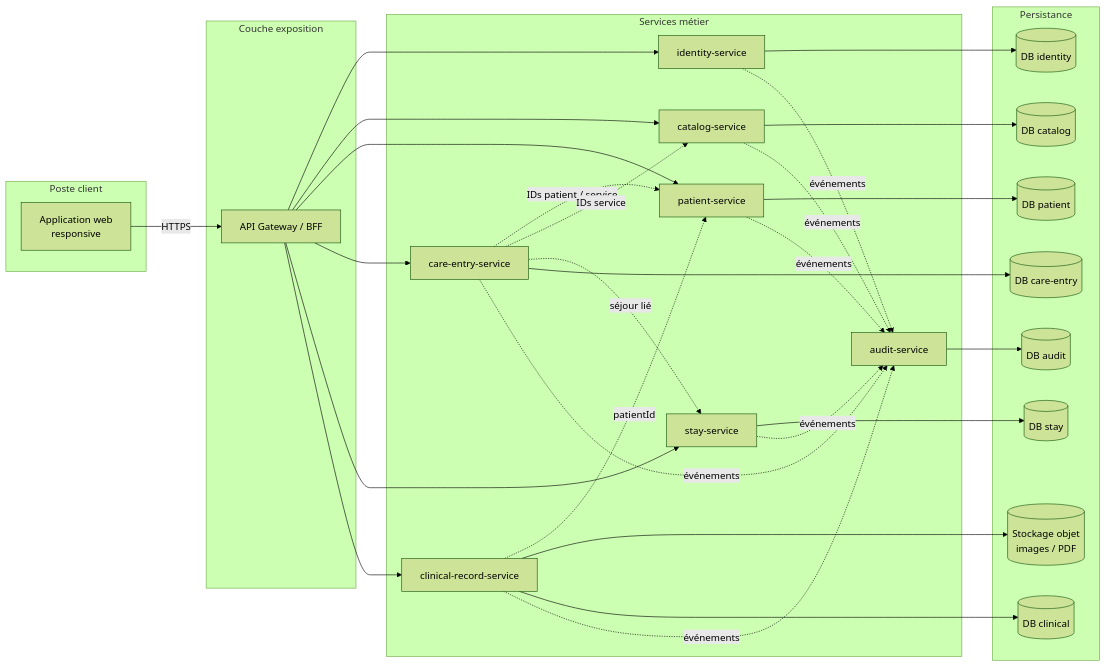
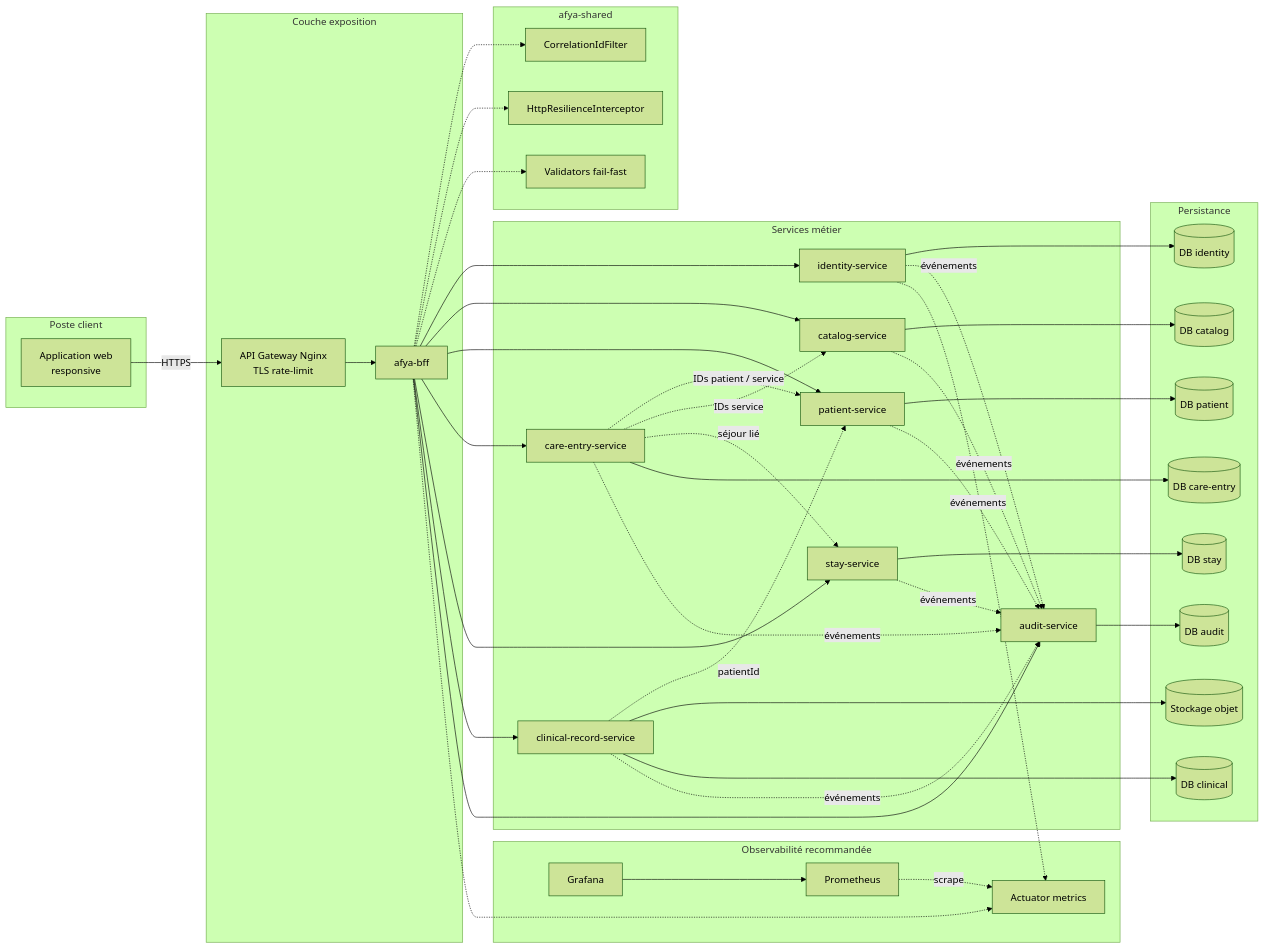
Before and after one commit to MechackKasongo/afya: the third of 13 diagrams in docs/DIAGRAMMES_UML.md, drawn with Mermaid (forest theme). The commit also changed other lines of this file and 42 other files, not shown here.

First line of the commit message:
docs: consolider les diagrammes UML et corriger la syntaxe PlantUML

````diff
--- a/docs/DIAGRAMMES_UML.md
+++ b/docs/DIAGRAMMES_UML.md
@@ -168,7 +168,14 @@
   end
 
   subgraph edge["Couche exposition"]
-    BFF[API Gateway / BFF]
+    GW[API Gateway Nginx\nTLS rate-limit]
+    BFF[afya-bff]
+  end
+
+  subgraph transversal["afya-shared"]
+    CORR[CorrelationIdFilter]
+    RES[HttpResilienceInterceptor]
+    VAL[Validators fail-fast]
   end
 
   subgraph services["Services métier"]
@@ -181,6 +188,12 @@
     AUD[audit-service]
   end
 
+  subgraph obs["Observabilité recommandée"]
+    ACT[Actuator metrics]
+    PROM[Prometheus]
+    GRAF[Grafana]
+  end
+
   subgraph data["Persistance"]
     D_ID[(DB identity)]
     D_CAT[(DB catalog)]
@@ -188,17 +201,22 @@
     D_CE[(DB care-entry)]
     D_ST[(DB stay)]
     D_CR[(DB clinical)]
-    OBJ[(Stockage objet\nimages / PDF)]
+    OBJ[(Stockage objet)]
     D_AUD[(DB audit)]
   end
 
-  WEB -->|HTTPS| BFF
+  WEB -->|HTTPS| GW
+  GW --> BFF
+  BFF -.-> CORR
+  BFF -.-> RES
+  BFF -.-> VAL
   BFF --> ID
   BFF --> CAT
   BFF --> PAT
   BFF --> CE
   BFF --> ST
   BFF --> CR
+  BFF --> AUD
 
   CE -.->|IDs patient / service| PAT
   CE -.->|IDs service| CAT
@@ -220,4 +238,9 @@
   ST -.->|événements| AUD
   CR -.->|événements| AUD
   CAT -.->|événements| AUD
+
+  BFF -.-> ACT
+  ID -.-> ACT
+  PROM -.->|scrape| ACT
+  GRAF --> PROM
 ```
````
